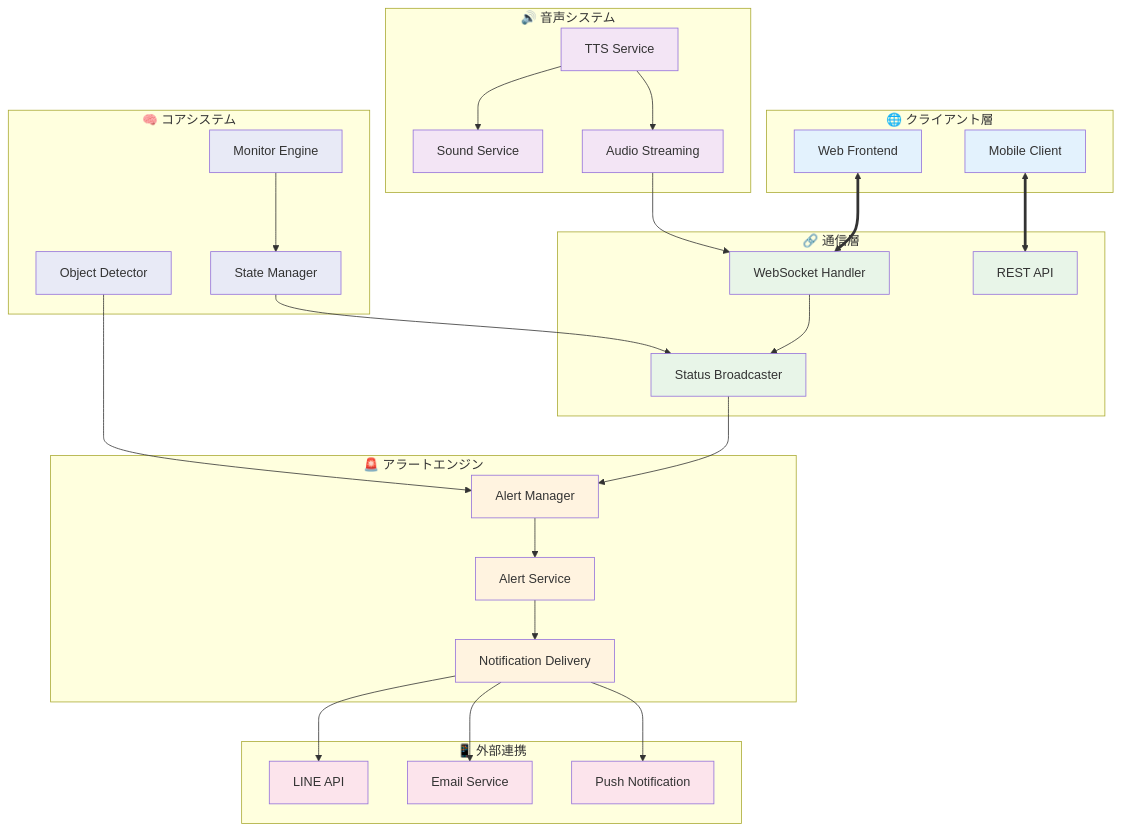
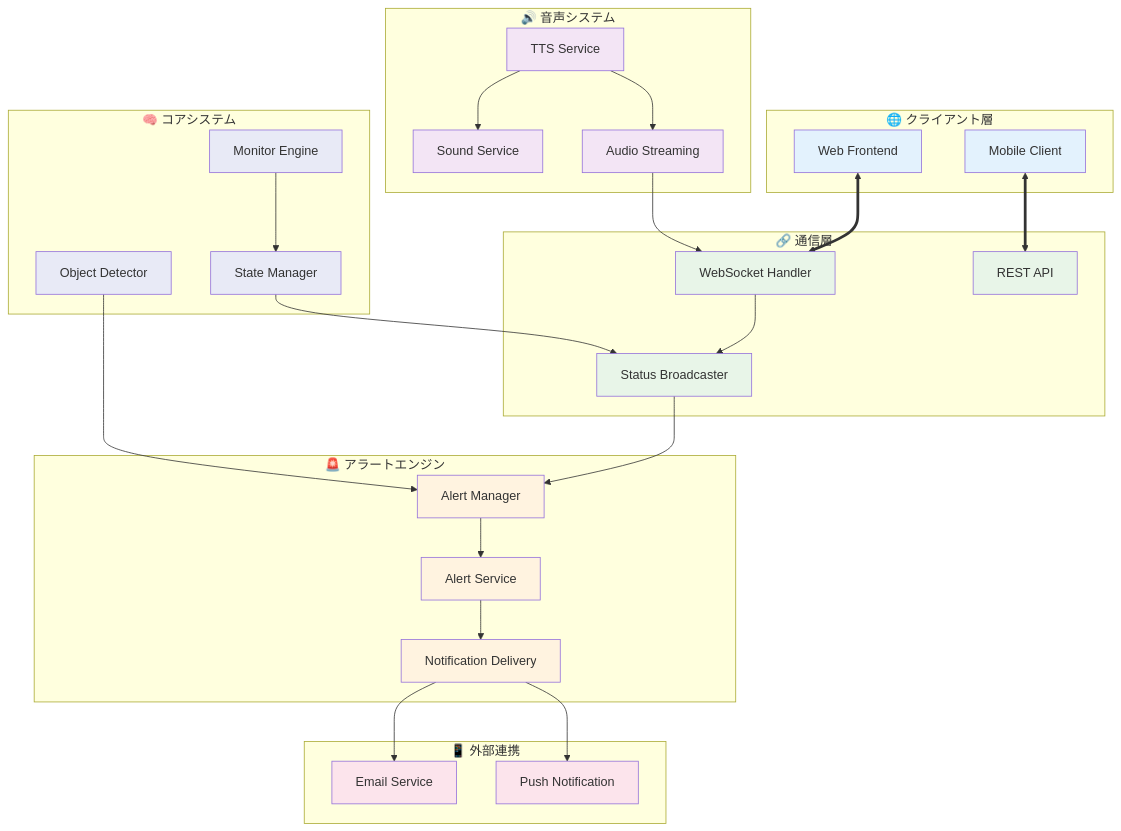
One commit to tomoyasu-sasaki/kanshichan_webapp changed the first of 6 diagrams in backend/docs/communication-system.adoc. Above: the diagram before and after it, drawn with Mermaid. The commit also changed other lines of this file and 9 other files, not shown here.

```diff
--- a/backend/docs/communication-system.adoc
+++ b/backend/docs/communication-system.adoc
@@ -31,75 +31,73 @@
 [mermaid]
 ....
 graph TB
     subgraph "🌐 クライアント層"
         WEB[Web Frontend]
         MOBILE[Mobile Client]
     end
     
     subgraph "🔗 通信層"
         WS[WebSocket Handler]
         REST[REST API]
         SB[Status Broadcaster]
     end
     
     subgraph "🚨 アラートエンジン"
         AM[Alert Manager]
         AS[Alert Service]
         ND[Notification Delivery]
     end
     
     subgraph "🔊 音声システム"
         TTS[TTS Service]
         SOUND[Sound Service]
         STREAM[Audio Streaming]
     end
     
     subgraph "📱 外部連携"
-        LINE[LINE API]
         EMAIL[Email Service]
         PUSH[Push Notification]
     end
     
     subgraph "🧠 コアシステム"
         MONITOR[Monitor Engine]
         STATE[State Manager]
         DETECTOR[Object Detector]
     end
     
     %% 通信フロー
     WEB <==> WS
     MOBILE <==> REST
     WS --> SB
     SB --> AM
     AM --> AS
     AS --> ND
     
     %% 音声フロー
     TTS --> SOUND
     TTS --> STREAM
     STREAM --> WS
     
     %% 外部連携
-    ND --> LINE
     ND --> EMAIL
     ND --> PUSH
     
     %% コアシステム連携
     MONITOR --> STATE
     STATE --> SB
     DETECTOR --> AM
     
     classDef client fill:#e3f2fd
     classDef communication fill:#e8f5e8
     classDef alert fill:#fff3e0
     classDef audio fill:#f3e5f5
     classDef external fill:#fce4ec
     classDef core fill:#e8eaf6
     
     class WEB,MOBILE client
     class WS,REST,SB communication
     class AM,AS,ND alert
     class TTS,SOUND,STREAM audio
-    class LINE,EMAIL,PUSH external
+    class EMAIL,PUSH external
     class MONITOR,STATE,DETECTOR core
 ....
```
